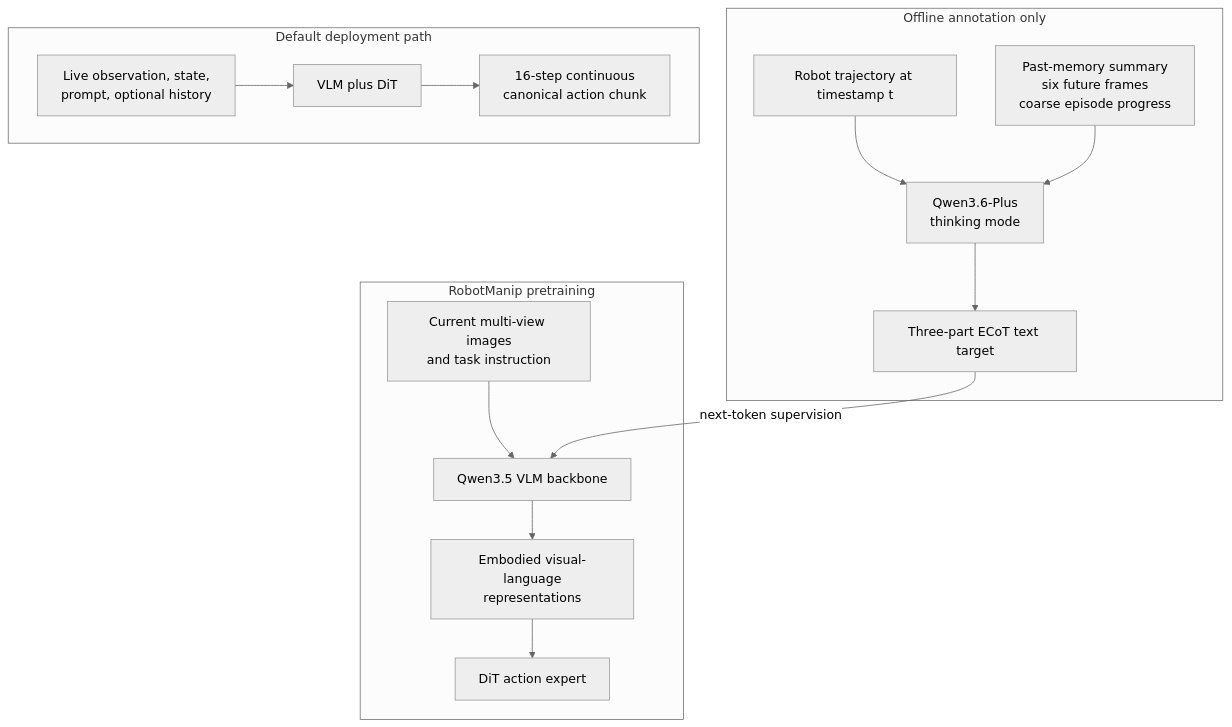
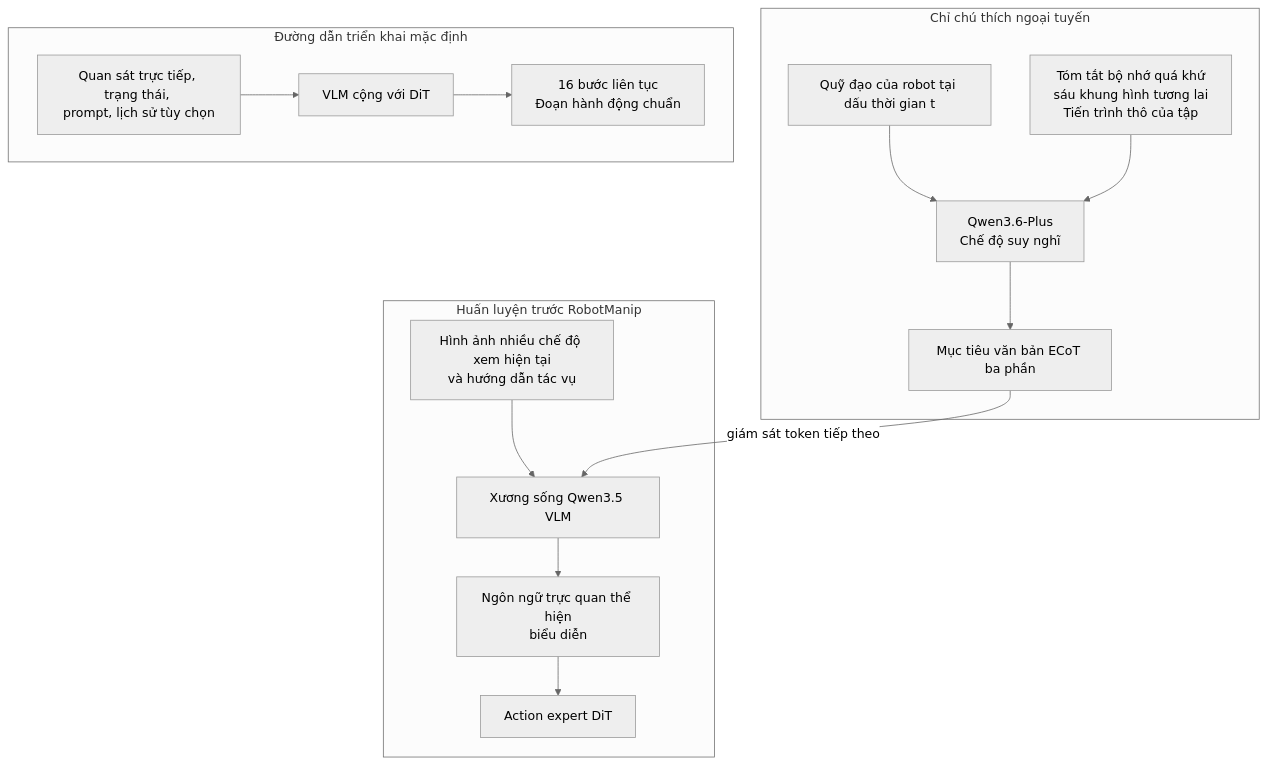
The third of 3 diagrams in docs/research_finding/01-gwen/qwen_models/Qwen-RobotManip/qwen_robotmanip_details.md (cycler04/VinRobotics-VLA), drawn with Mermaid (neutral theme) before and after one commit. The commit also changed other lines of this file and 24 other files, not shown here.

````diff
--- a/docs/research_finding/01-gwen/qwen_models/Qwen-RobotManip/qwen_robotmanip_details.md
+++ b/docs/research_finding/01-gwen/qwen_models/Qwen-RobotManip/qwen_robotmanip_details.md
@@ -427,27 +427,27 @@
 ```mermaid
 flowchart TD
-    subgraph OFFLINE[Offline annotation only]
-        TRAJ[Robot trajectory at timestamp t]
-        PRIV[Past-memory summary<br/>six future frames<br/>coarse episode progress]
-        TEACHER[Qwen3.6-Plus<br/>thinking mode]
+    subgraph OFFLINE[Chỉ chú thích ngoại tuyến]
+        TRAJ[Quỹ đạo của robot tại dấu thời gian t]
+        PRIV[Tóm tắt bộ nhớ quá khứ<br/>sáu khung hình tương lai<br/>Tiến trình thô của tập]
+        TEACHER[Qwen3.6-Plus<br/>Chế độ suy nghĩ]
         TRAJ --> TEACHER
         PRIV --> TEACHER
-        TEACHER --> TARGET[Three-part ECoT text target]
+        TEACHER --> TARGET[Mục tiêu văn bản ECoT ba phần]
     end
 
-    subgraph PRETRAIN[RobotManip pretraining]
-        INPUT[Current multi-view images<br/>and task instruction]
-        VLM[Qwen3.5 VLM backbone]
+    subgraph PRETRAIN[Huấn luyện trước RobotManip]
+        INPUT[Hình ảnh nhiều chế độ xem hiện tại<br/>và hướng dẫn tác vụ]
+        VLM[Xương sống Qwen3.5 VLM]
         INPUT --> VLM
-        TARGET -->|next-token supervision| VLM
-        VLM --> REP[Embodied visual-language<br/>representations]
-        REP --> DIT[DiT action expert]
+        TARGET -->|giám sát token tiếp theo| VLM
+        VLM --> REP[Ngôn ngữ trực quan thể hiện<br/>biểu diễn]
+        REP --> DIT[Action expert DiT]
     end
 
-    subgraph DEPLOY[Default deployment path]
-        LIVE[Live observation, state,<br/>prompt, optional history]
-        POLICY[VLM plus DiT]
-        ACT[16-step continuous<br/>canonical action chunk]
+    subgraph DEPLOY[Đường dẫn triển khai mặc định]
+        LIVE[Quan sát trực tiếp, trạng thái, <br/>prompt, lịch sử tùy chọn]
+        POLICY[VLM cộng với DiT]
+        ACT[16 bước liên tục<br/>Đoạn hành động chuẩn]
         LIVE --> POLICY --> ACT
     end
 ```
````
